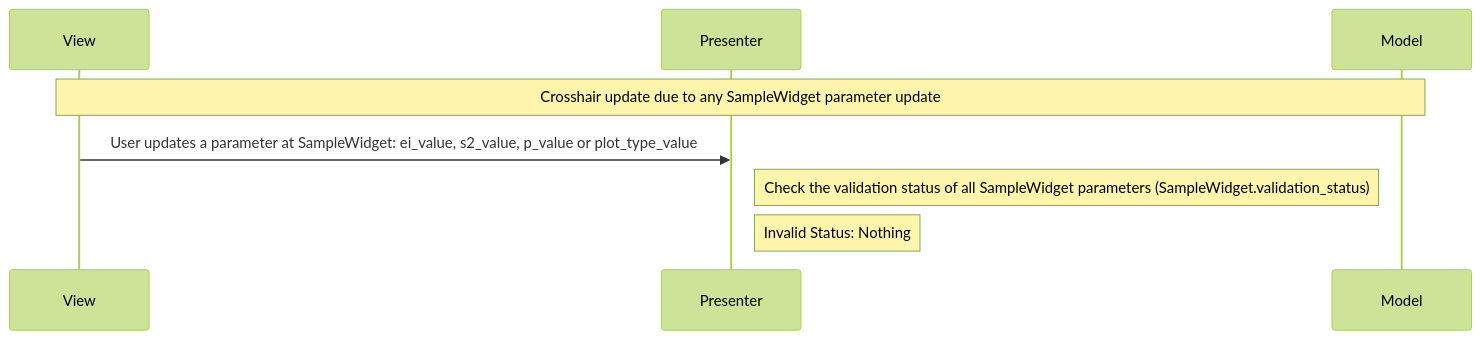
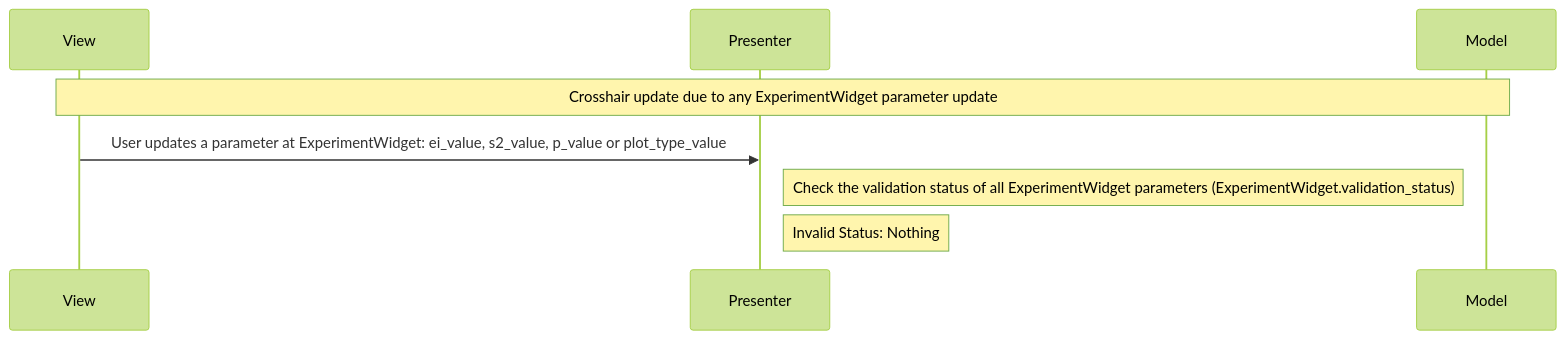
Before and after one commit to neutrons/hyspecppt: the seventh of 13 diagrams in docs/source/design/hyspecpptclasses.rst, drawn with Mermaid (forest theme). The commit also changed other lines of this file and 1 other file, not shown here.

Commit message:
sample renamed to experiment, single crystal type worflow update and other based on discussion

```diff
--- a/docs/source/design/hyspecpptclasses.rst
+++ b/docs/source/design/hyspecpptclasses.rst
@@ -483,11 +501,11 @@
     .. mermaid::
 
         sequenceDiagram
             participant View
             participant Presenter
             participant Model
 
-            Note over View,Model: Crosshair update due to any SampleWidget parameter update
-            View->>Presenter: User updates a parameter at SampleWidget: ei_value, s2_value, p_value or plot_type_value
-            Note right of Presenter: Check the validation status of all SampleWidget parameters (SampleWidget.validation_status)
+            Note over View,Model: Crosshair update due to any ExperimentWidget parameter update
+            View->>Presenter: User updates a parameter at ExperimentWidget: ei_value, s2_value, p_value or plot_type_value
+            Note right of Presenter: Check the validation status of all ExperimentWidget parameters (ExperimentWidget.validation_status)
             Note right of Presenter: Invalid Status: Nothing
```
